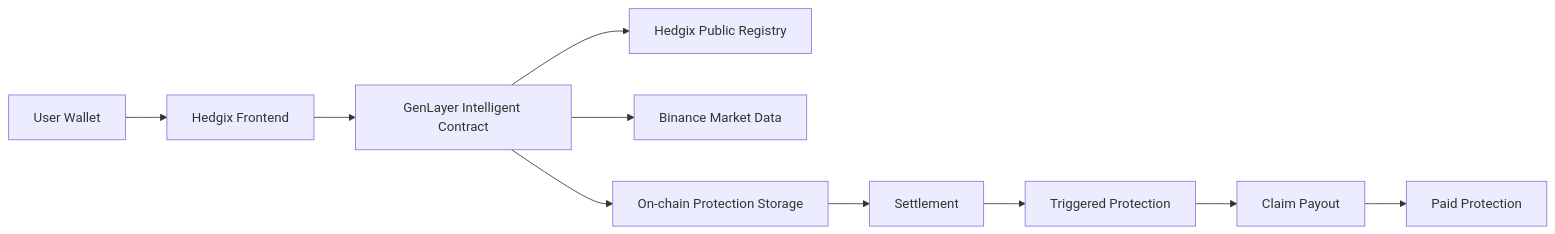
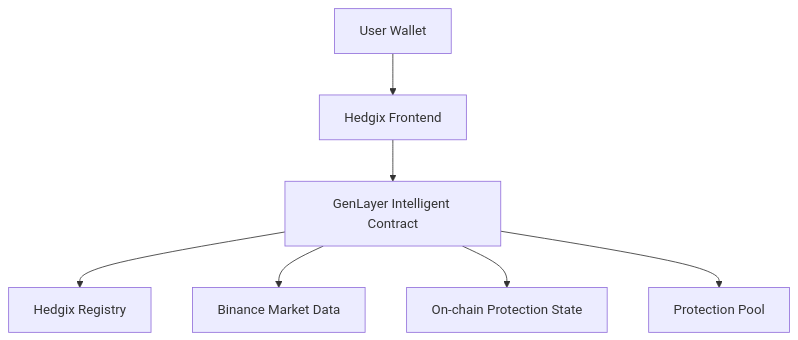
The second of 2 diagrams in README.md (jason4185/hedgix), drawn with Mermaid before and after one commit. The commit also changed other lines of this file and 1 other file, not shown here.

Commit message:
docs: simplify Hedgix README and add UI tour

````diff
--- a/README.md
+++ b/README.md
@@ -106,12 +116,17 @@
 ```mermaid
-flowchart LR
-    A[User Wallet] --> B[Hedgix Frontend]
-    B --> C[GenLayer Intelligent Contract]
-    C --> D[Hedgix Public Registry]
-    C --> E[Binance Market Data]
-    C --> F[On-chain Protection Storage]
-    F --> G[Settlement]
-    G --> H[Triggered Protection]
-    H --> I[Claim Payout]
-    I --> J[Paid Protection]
+flowchart TB
+    U[User Wallet]
+    F[Hedgix Frontend]
+    C[GenLayer Intelligent Contract]
+    R[Hedgix Registry]
+    M[Binance Market Data]
+    S[On-chain Protection State]
+    P[Protection Pool]
+
+    U --> F
+    F --> C
+    C --> R
+    C --> M
+    C --> S
+    C --> P
 ```
````
